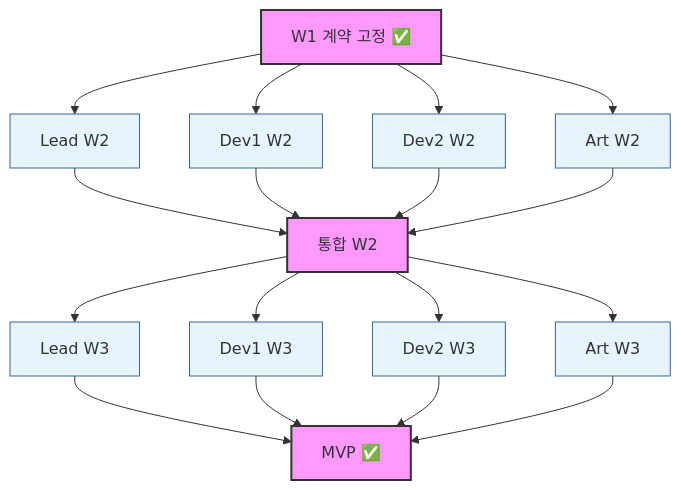
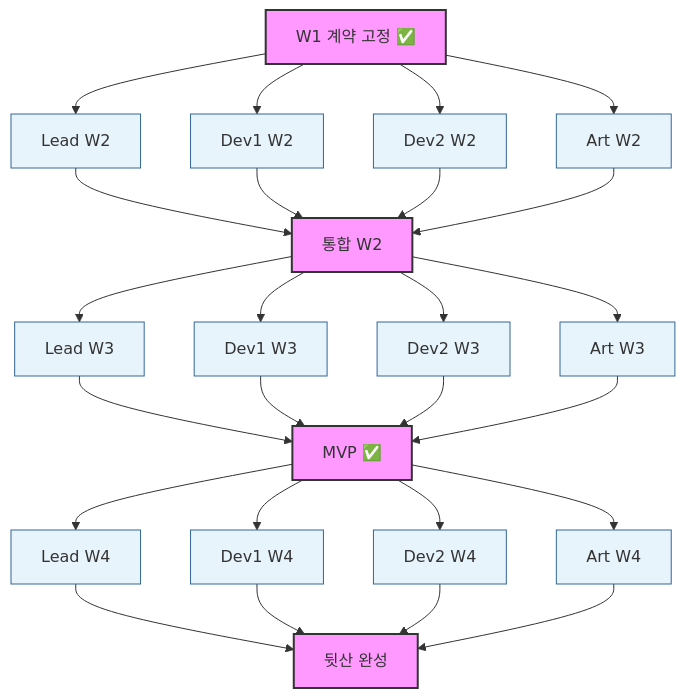
Before and after one commit to BARIbrother/DungeonFront: the sixth of 6 diagrams in Docs/dev-plan/parallel-roadmap.md, drawn with Mermaid. The commit also changed other lines of this file and 66 other files, not shown here.

First line of the commit message:
Add handmade assembler, production summary flow, and week4 plans.

````diff
--- a/Docs/dev-plan/parallel-roadmap.md
+++ b/Docs/dev-plan/parallel-roadmap.md
@@ -190,24 +234,32 @@
 ```mermaid
 flowchart TB
     classDef gate fill:#f9f,stroke:#333,stroke-width:2px
     classDef track fill:#e8f4fc,stroke:#369
 
     W1C["W1 계약 고정 ✅"]:::gate
 
     L2["Lead W2"]:::track
     D12["Dev1 W2"]:::track
     D22["Dev2 W2"]:::track
     A2["Art W2"]:::track
     G2["통합 W2"]:::gate
 
     L3["Lead W3"]:::track
     D13["Dev1 W3"]:::track
     D23["Dev2 W3"]:::track
     A3["Art W3"]:::track
     MVP["MVP ✅"]:::gate
 
+    L4["Lead W4"]:::track
+    D14["Dev1 W4"]:::track
+    D24["Dev2 W4"]:::track
+    A4["Art W4"]:::track
+    CLEAR["뒷산 완성"]:::gate
+
     W1C --> L2 & D12 & D22 & A2
     L2 & D12 & D22 & A2 --> G2
     G2 --> L3 & D13 & D23 & A3
     L3 & D13 & D23 & A3 --> MVP
+    MVP --> L4 & D14 & D24 & A4
+    L4 & D14 & D24 & A4 --> CLEAR
 ```
````
